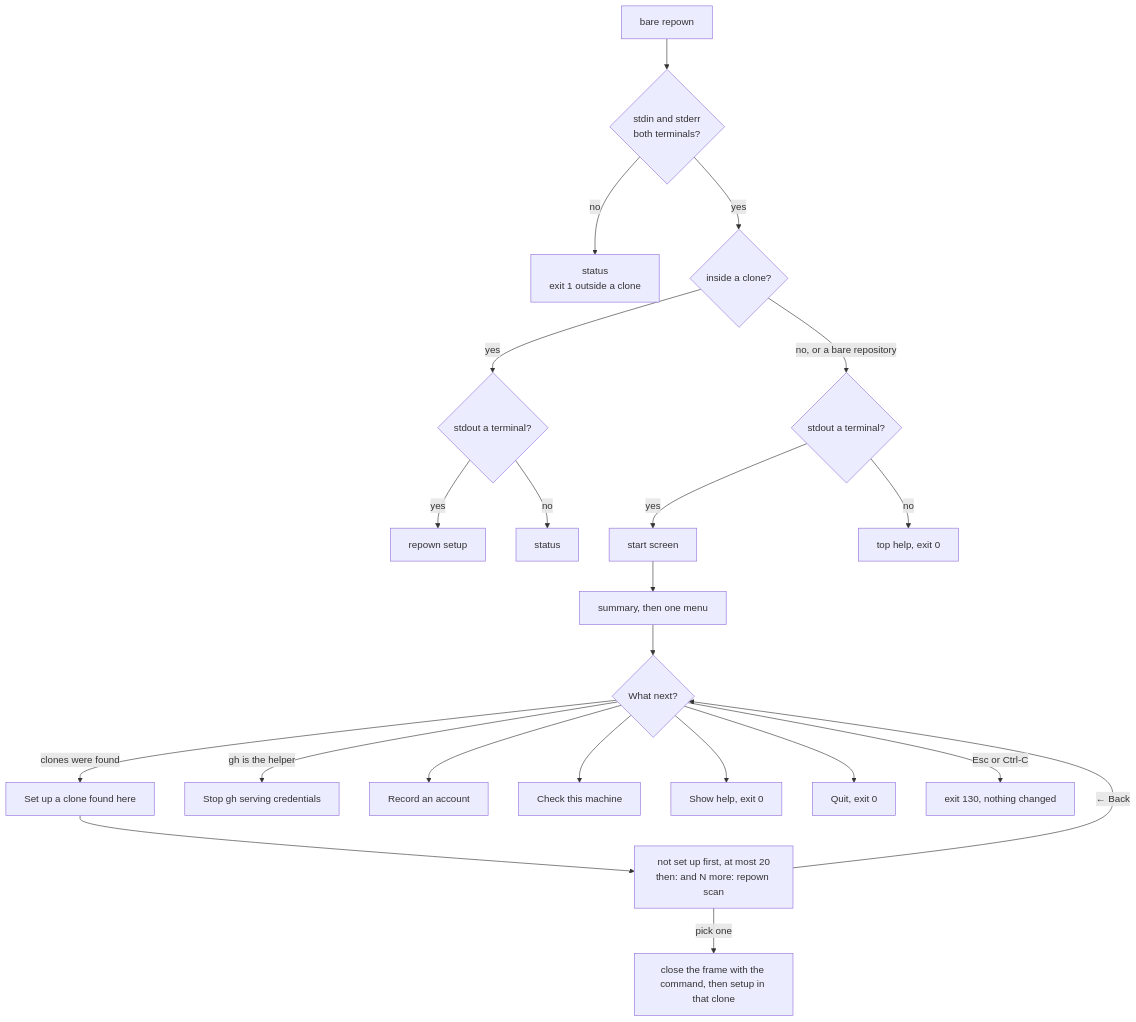
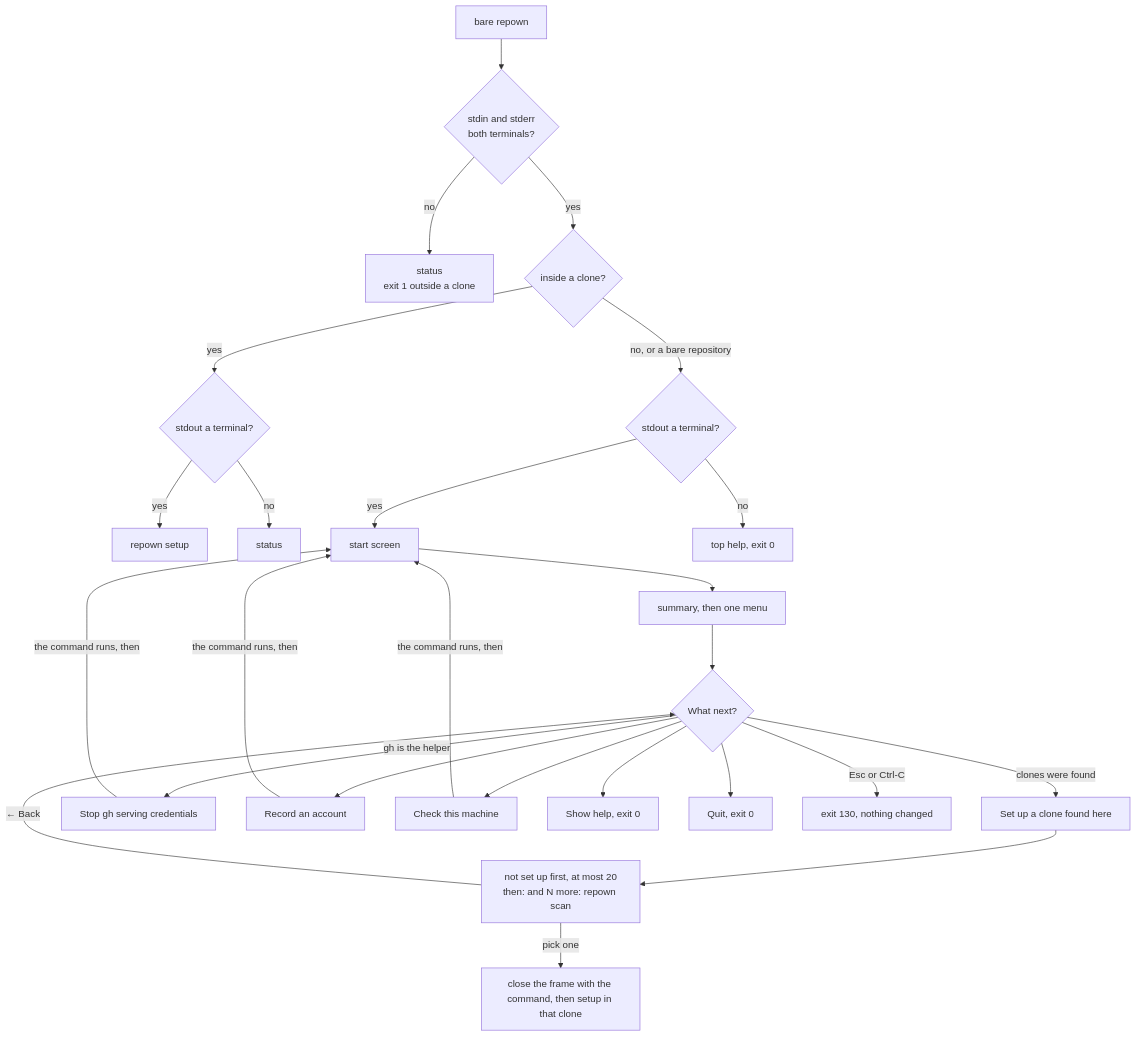
The tenth of 10 diagrams in docs/HOW-IT-WORKS.md (makubexD/repown), drawn with Mermaid before and after one commit. The commit also changed other lines of this file and 12 other files, not shown here.

````diff
--- a/docs/HOW-IT-WORKS.md
+++ b/docs/HOW-IT-WORKS.md
@@ -995,24 +995,25 @@
 ```mermaid
 flowchart TD
   B["bare repown"] --> I{"stdin and stderr<br/>both terminals?"}
   I -->|no| S["status<br/>exit 1 outside a clone"]
   I -->|yes| C{"inside a clone?"}
   C -->|yes| O1{"stdout a terminal?"}
   O1 -->|yes| SU["repown setup"]
   O1 -->|no| S2["status"]
   C -->|"no, or a bare repository"| O2{"stdout a terminal?"}
   O2 -->|yes| HOME["start screen"]
   O2 -->|no| HELP["top help, exit 0"]
   HOME --> SUM["summary, then one menu"]
   SUM --> MENU{"What next?"}
   MENU -->|clones were found| SET["Set up a clone found here"]
   SET --> LIST["not set up first, at most 20<br/>then: and N more: repown scan"]
   LIST -->|pick one| RUN["close the frame with the command, then setup in that clone"]
   LIST -->|"← Back"| MENU
   MENU -->|gh is the helper| FIX["Stop gh serving credentials"]
   MENU --> ADD["Record an account"]
   MENU --> DOC["Check this machine"]
+  FIX & ADD & DOC -->|"the command runs, then"| HOME
   MENU --> SH["Show help, exit 0"]
   MENU --> QUIT["Quit, exit 0"]
   MENU -->|Esc or Ctrl-C| ESC["exit 130, nothing changed"]
 ```
````
